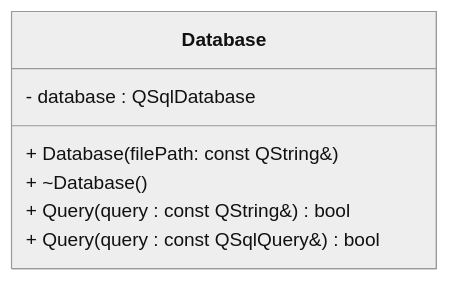
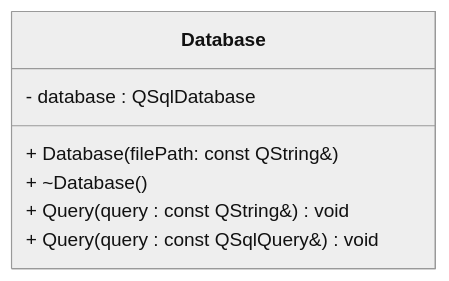
The fourth of 4 diagrams in README.md (SUP3RBOB/project4_section1_group4), drawn with Mermaid (neutral theme) before and after one commit. The commit also changed other lines of this file, not shown here.

````diff
--- a/README.md
+++ b/README.md
@@ -98,10 +107,10 @@
 ```mermaid
     classDiagram
         class Database {
             + Database(filePath: const QString&)
             + ~Database()
             - database : QSqlDatabase
-            + Query(query : const QString&) bool
-            + Query(query : const QSqlQuery&) bool
+            + Query(query : const QString&) void
+            + Query(query : const QSqlQuery&) void
         }
 ```
````
